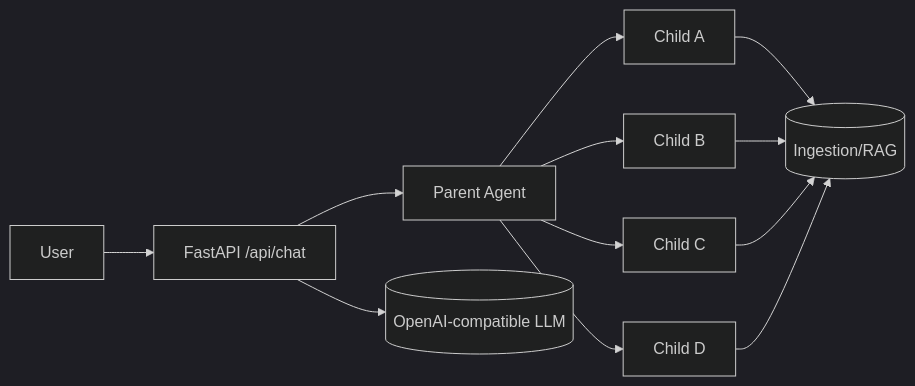
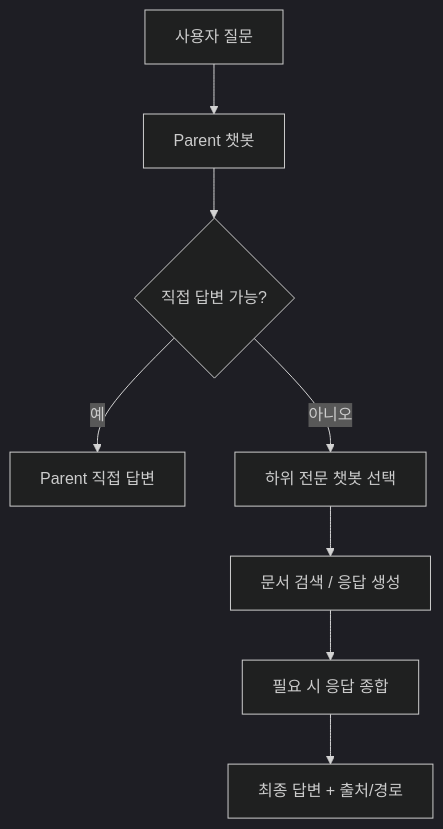
Before and after one commit to Vegitime-bot/multi-custom-agent: the diagram in docs/PROMOTION_DECK_2026-04.md, drawn with Mermaid (dark theme). The commit also changed other lines of this file and 4 other files, not shown here.

````diff
--- a/docs/PROMOTION_DECK_2026-04.md
+++ b/docs/PROMOTION_DECK_2026-04.md
@@ -28,14 +41,10 @@
 ```mermaid
-flowchart LR
-  U[User] --> API[FastAPI /api/chat]
-  API --> P[Parent Agent]
-  P --> C1[Child A]
-  P --> C2[Child B]
-  P --> C3[Child C]
-  P --> C4[Child D]
-  C1 --> S[(Ingestion/RAG)]
-  C2 --> S
-  C3 --> S
-  C4 --> S
-  API --> LLM[(OpenAI-compatible LLM)]
+flowchart TD
+  U[사용자 질문] --> P[Parent 챗봇]
+  P --> J{직접 답변 가능?}
+  J -- 예 --> A[Parent 직접 답변]
+  J -- 아니오 --> C[하위 전문 챗봇 선택]
+  C --> R[문서 검색 / 응답 생성]
+  R --> S[필요 시 응답 종합]
+  S --> F[최종 답변 + 출처/경로]
 ```
````
